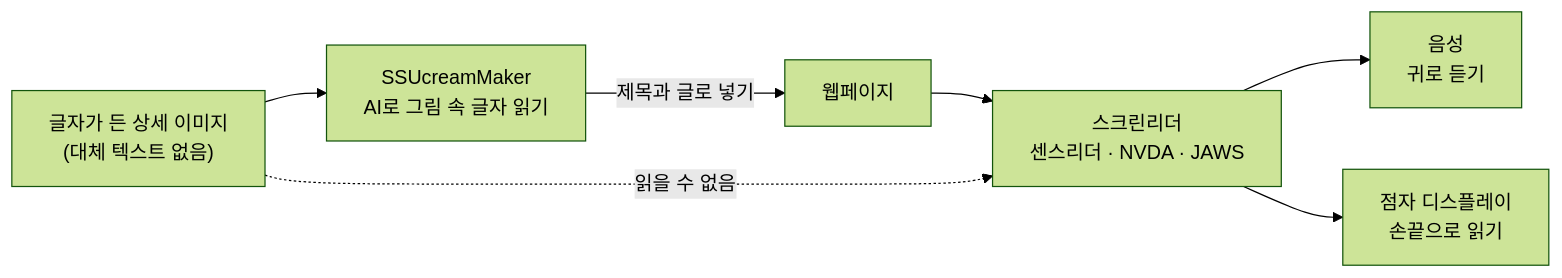
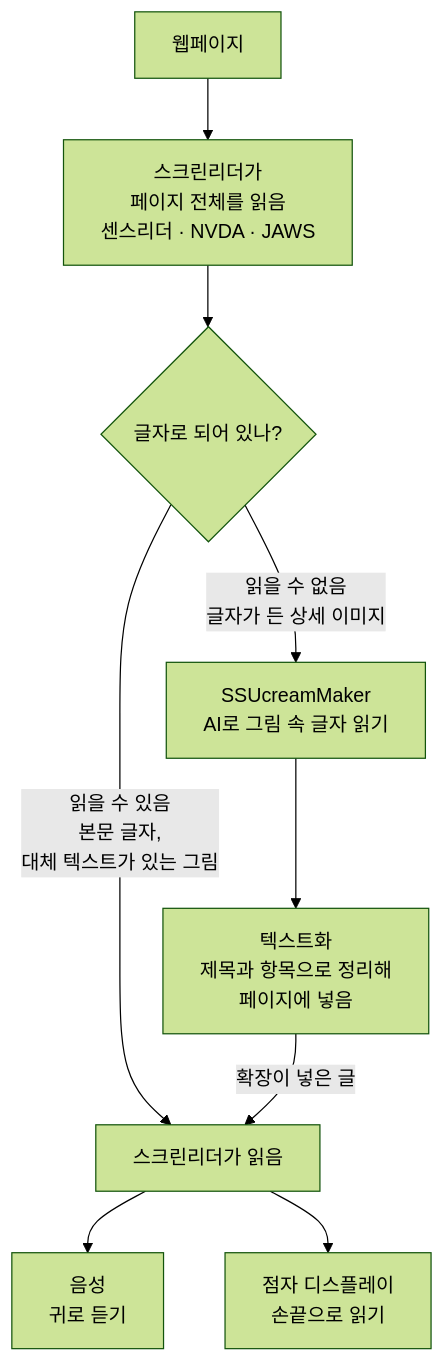
Before and after one commit to SSUmart/SSUcreamMaker: the diagram in README.md, drawn with Mermaid (forest theme). The commit also changed other lines of this file and 1 other file, not shown here.

Commit message:
[docs/readme-flow-videos] README 흐름도 개선과 시청각장애인 참고 영상 추가
흐름도를 "페이지 읽기 → 읽을 수 있음/없음 → AI로 텍스트화 → 스크린리더가 음성·점자로 출력"
순서로 다시 그리고, 출력하는 주체가 확장이 아닌 사용자의 스크린리더임을 설명.
시청각장애인이 점자정보단말기로 소통하는 모습을 담은 참고 영상 3편(KBS, CBS, Oxygen) 추가.

````diff
--- a/README.md
+++ b/README.md
@@ -27,9 +27,11 @@
 ```mermaid
-flowchart LR
-    page["웹페이지"] --> sr["스크린리더<br/>센스리더 · NVDA · JAWS"]
-    sr --> voice["음성<br/>귀로 듣기"]
-    sr --> braille["점자 디스플레이<br/>손끝으로 읽기"]
-    image["글자가 든 상세 이미지<br/>(대체 텍스트 없음)"] -. "읽을 수 없음" .-> sr
-    image --> ext["SSUcreamMaker<br/>AI로 그림 속 글자 읽기"]
-    ext -- "제목과 글로 넣기" --> page
+flowchart TD
+    page["웹페이지"] --> scan["스크린리더가<br/>페이지 전체를 읽음<br/>센스리더 · NVDA · JAWS"]
+    scan --> check{"글자로 되어 있나?"}
+    check -- "읽을 수 있음<br/>본문 글자,<br/>대체 텍스트가 있는 그림" --> read["스크린리더가 읽음"]
+    check -- "읽을 수 없음<br/>글자가 든 상세 이미지" --> ai["SSUcreamMaker<br/>AI로 그림 속 글자 읽기"]
+    ai --> text["텍스트화<br/>제목과 항목으로 정리해<br/>페이지에 넣음"]
+    text -- "확장이 넣은 글" --> read
+    read --> voice["음성<br/>귀로 듣기"]
+    read --> braille["점자 디스플레이<br/>손끝으로 읽기"]
 ```
````
